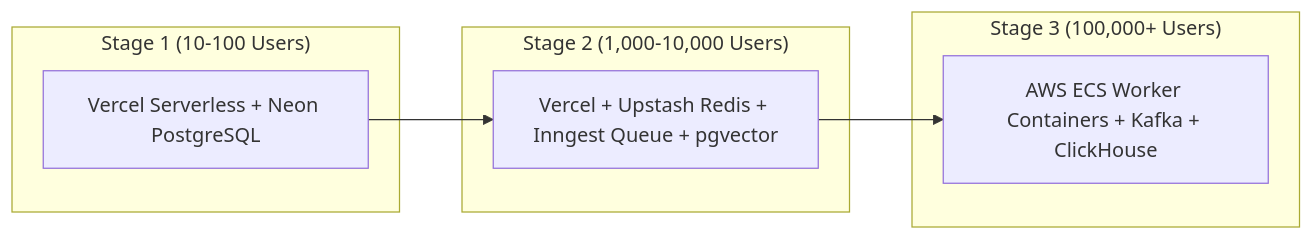
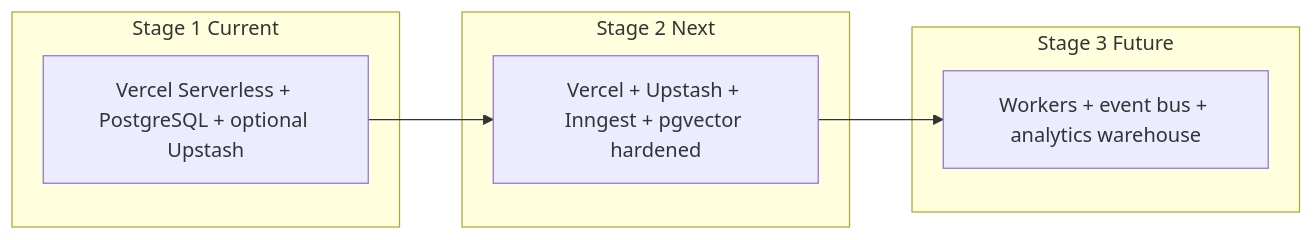
The seventh of 12 diagrams in docs/phase_by_phase_improvement_plan.md (Pasidu-Mihiranga/Veracity), drawn with Mermaid before and after one commit. The commit also changed other lines of this file and 1 other file, not shown here.

````diff
--- a/docs/phase_by_phase_improvement_plan.md
+++ b/docs/phase_by_phase_improvement_plan.md
@@ -383,16 +770,13 @@
 ```mermaid
 graph LR
-    subgraph "Stage 1 (10-100 Users)"
-        Infra1["Vercel Serverless + Neon PostgreSQL"]
+    subgraph "Stage 1 Current"
+        Infra1["Vercel Serverless + PostgreSQL + optional Upstash"]
     end
-
-    subgraph "Stage 2 (1,000-10,000 Users)"
-        Infra2["Vercel + Upstash Redis + Inngest Queue + pgvector"]
+    subgraph "Stage 2 Next"
+        Infra2["Vercel + Upstash + Inngest + pgvector hardened"]
     end
-
-    subgraph "Stage 3 (100,000+ Users)"
-        Infra3["AWS ECS Worker Containers + Kafka + ClickHouse"]
+    subgraph "Stage 3 Future"
+        Infra3["Workers + event bus + analytics warehouse"]
     end
-
     Infra1 --> Infra2 --> Infra3
 ```
````
